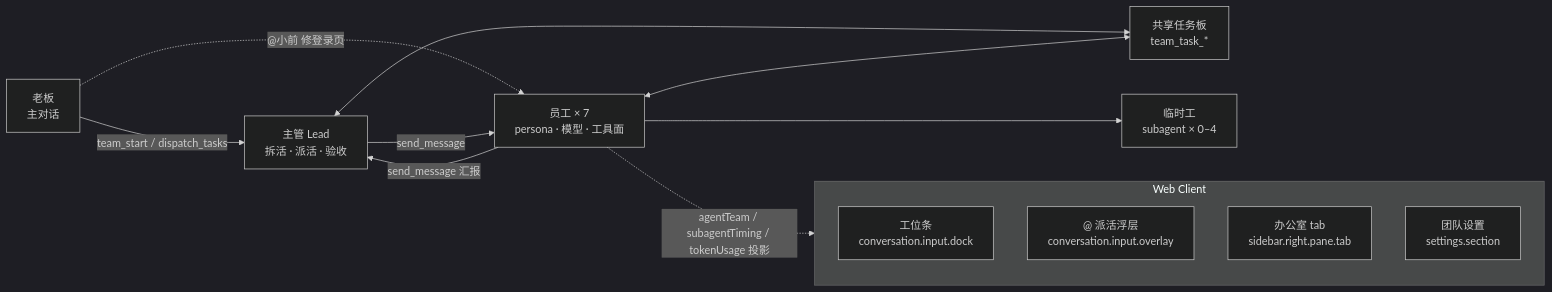
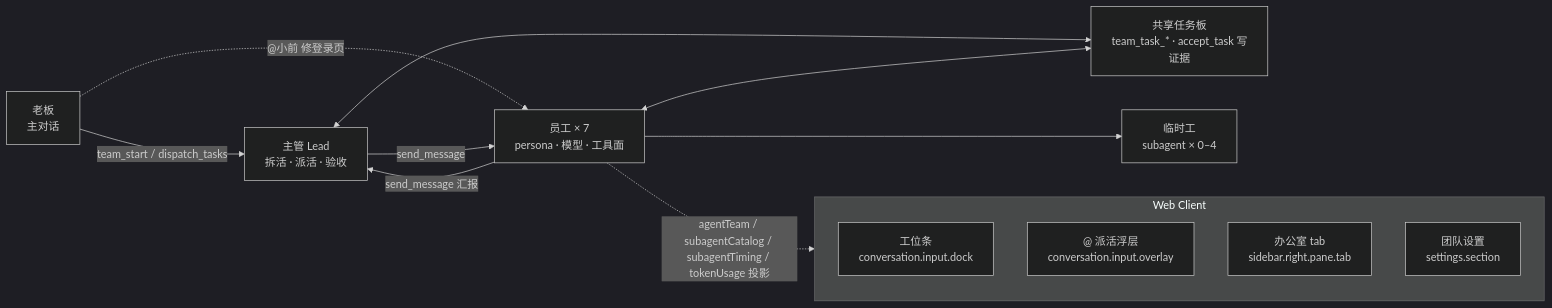
Before and after one commit to keeptrue/dsh-work-team: the diagram in README.md, drawn with Mermaid (dark theme). The commit also changed other lines of this file and 29 other files, not shown here.

````diff
--- a/README.md
+++ b/README.md
@@ -145,19 +207,19 @@
 ```mermaid
 flowchart LR
   Boss["老板<br/>主对话"] -->|"team_start / dispatch_tasks"| Lead["主管 Lead<br/>拆活 · 派活 · 验收"]
   Boss -.->|"@小前 修登录页"| Emp
   Lead -->|"send_message"| Emp["员工 × 7<br/>persona · 模型 · 工具面"]
   Emp -->|"send_message 汇报"| Lead
-  Lead <--> Board["共享任务板<br/>team_task_*"]
+  Lead <--> Board["共享任务板<br/>team_task_* · accept_task 写证据"]
   Emp <--> Board
   Emp --> Workers["临时工<br/>subagent × 0–4"]
-  Emp -.->|"agentTeam / subagentTiming / tokenUsage 投影"| UI
+  Emp -.->|"agentTeam / subagentCatalog / subagentTiming / tokenUsage 投影"| UI
 
   subgraph UI["Web Client"]
     direction TB
     Dock["工位条<br/>conversation.input.dock"]
     Overlay["@ 派活浮层<br/>conversation.input.overlay"]
     Office["办公室 tab<br/>sidebar.right.pane.tab"]
     Settings["团队设置<br/>settings.section"]
   end
 ```
````
